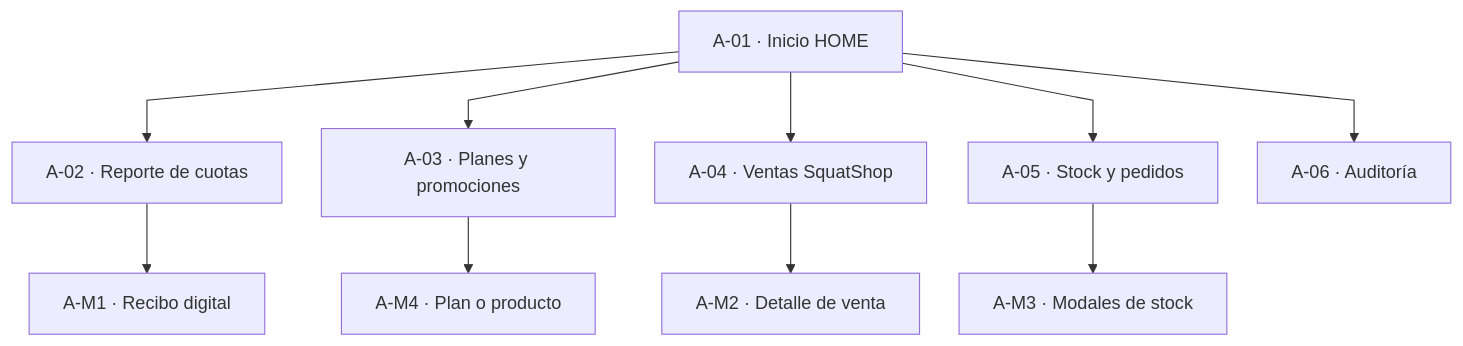
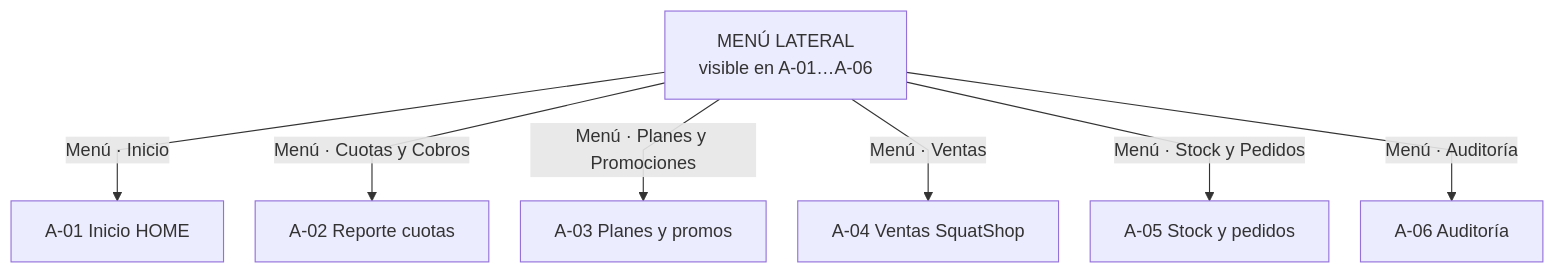
Before and after one commit to julioacostapallud/tss: the first of 5 diagrams in docs/diagrama-navegacion.md, drawn with Mermaid. The commit also changed other lines of this file, not shown here.

First line of the commit message:
docs: rehacer mapa de navegación con menú como eje principal

````diff
--- a/docs/diagrama-navegacion.md
+++ b/docs/diagrama-navegacion.md
@@ -123,16 +98,12 @@
 ```mermaid
-%%{init: {'flowchart': {'curve': 'linear', 'nodeSpacing': 35, 'rankSpacing': 50}}}%%
+%%{init: {'flowchart': {'curve': 'linear', 'nodeSpacing': 28, 'rankSpacing': 42}}}%%
 flowchart TD
-  A01["A-01 · Inicio HOME"]
+  MENU["MENÚ LATERAL<br/>visible en A-01…A-06"]
 
-  A01 --> A02["A-02 · Reporte de cuotas"]
-  A01 --> A03["A-03 · Planes y promociones"]
-  A01 --> A04["A-04 · Ventas SquatShop"]
-  A01 --> A05["A-05 · Stock y pedidos"]
-  A01 --> A06["A-06 · Auditoría"]
-
-  A02 --> AM1["A-M1 · Recibo digital"]
-  A04 --> AM2["A-M2 · Detalle de venta"]
-  A05 --> AM3["A-M3 · Modales de stock"]
-  A03 --> AM4["A-M4 · Plan o producto"]
+  MENU -->|Menú · Inicio| A01["A-01 Inicio HOME"]
+  MENU -->|Menú · Cuotas y Cobros| A02["A-02 Reporte cuotas"]
+  MENU -->|Menú · Planes y Promociones| A03["A-03 Planes y promos"]
+  MENU -->|Menú · Ventas| A04["A-04 Ventas SquatShop"]
+  MENU -->|Menú · Stock y Pedidos| A05["A-05 Stock y pedidos"]
+  MENU -->|Menú · Auditoría| A06["A-06 Auditoría"]
 ```
````
